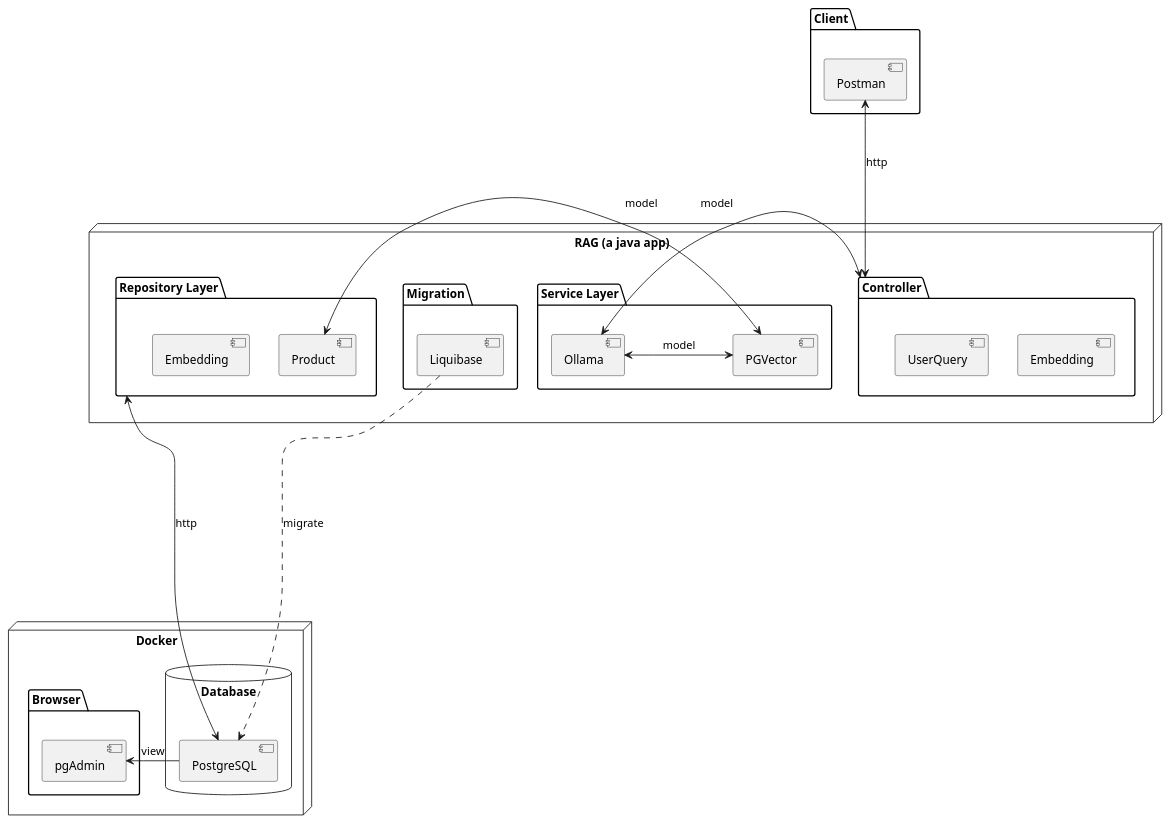
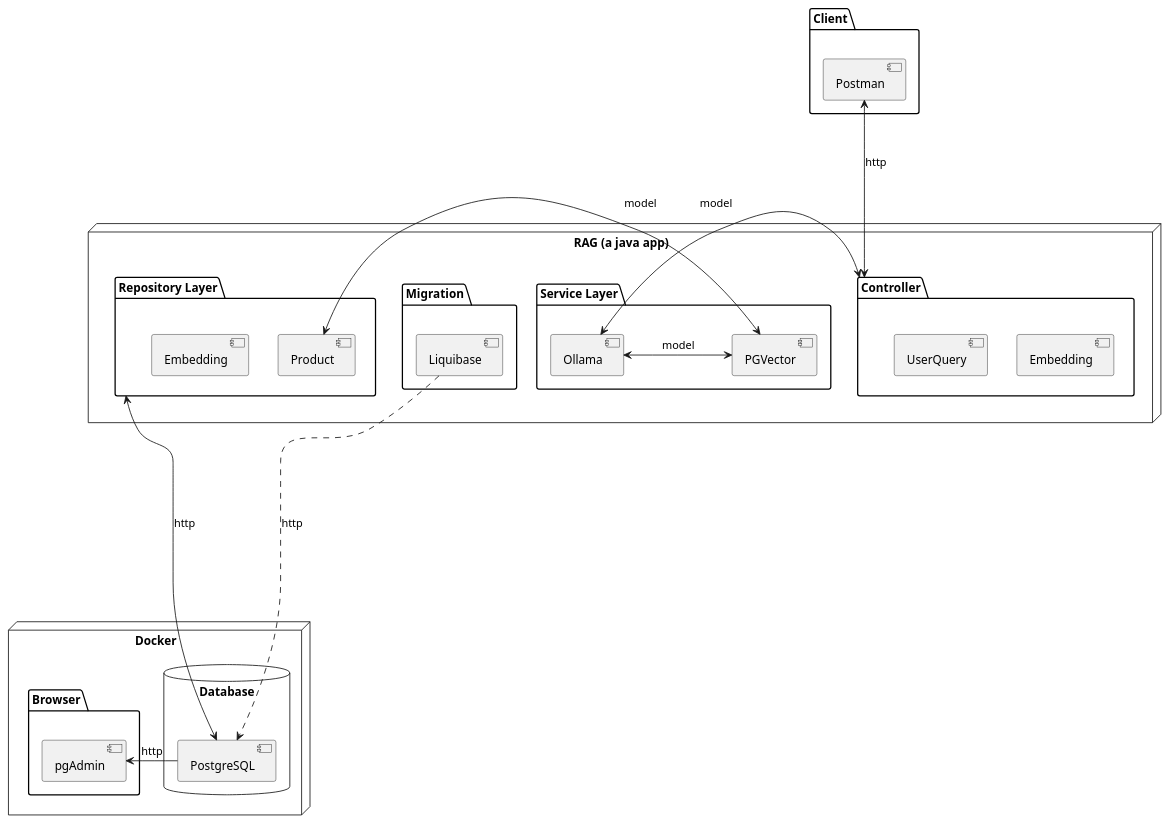
Before and after one commit to faranak-cs/spring-rag-app: the diagram in docs/arch_diagram.puml, drawn with PlantUML.

```diff
--- a/docs/arch_diagram.puml
+++ b/docs/arch_diagram.puml
@@ -1,44 +1,44 @@
 @startuml
 
 package "Client" {
   [Postman] as P
 }
 
 node "RAG (a java app)" {
 
     package "Controller" as C {
         [Embedding]
         [UserQuery]
     }
     package "Service Layer" as SL {
         [Ollama] as O
         [PGVector] as PGV
     }
     package "Repository Layer" as RL {
         [Product] as PD
         [Embedding] as EM
     }
     package "Migration" as M {
         [Liquibase] as L
     }
 }
 
 node "Docker" {
     database "Database" {
     [PostgreSQL] as PG
     }
     package "Browser" as B {
         [pgAdmin] as PGA
     }
 }
 
 
 P <---> C : http 
 C <-> O : model
 O <-> PGV : model 
 PGV <-> PD : model
 RL <---> PG : http
-PG -> PGA : view
-L .....> PG : migrate
+PG -> PGA : http
+L .....> PG : http
 
 @enduml
```
